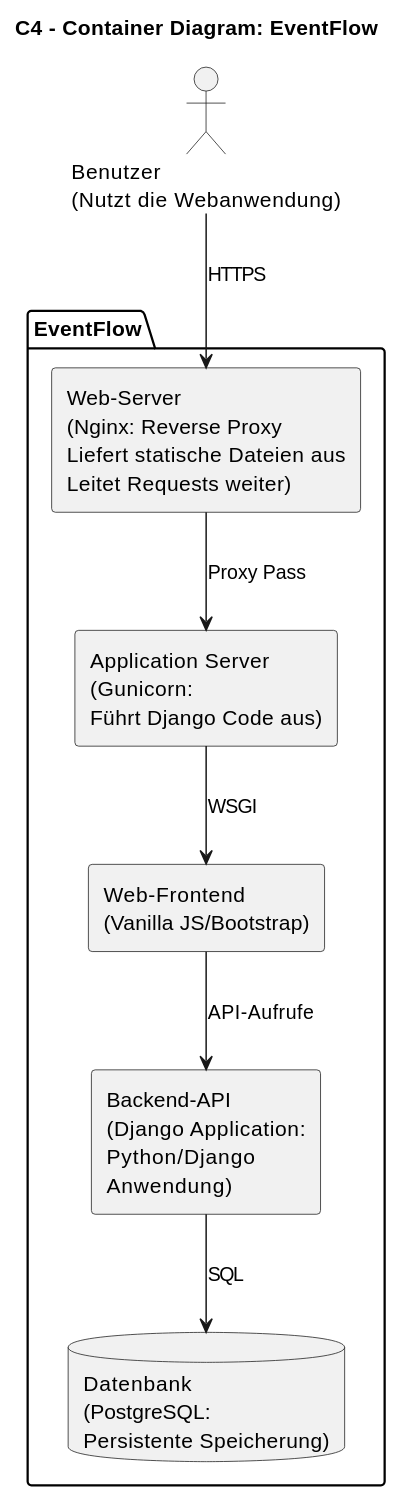
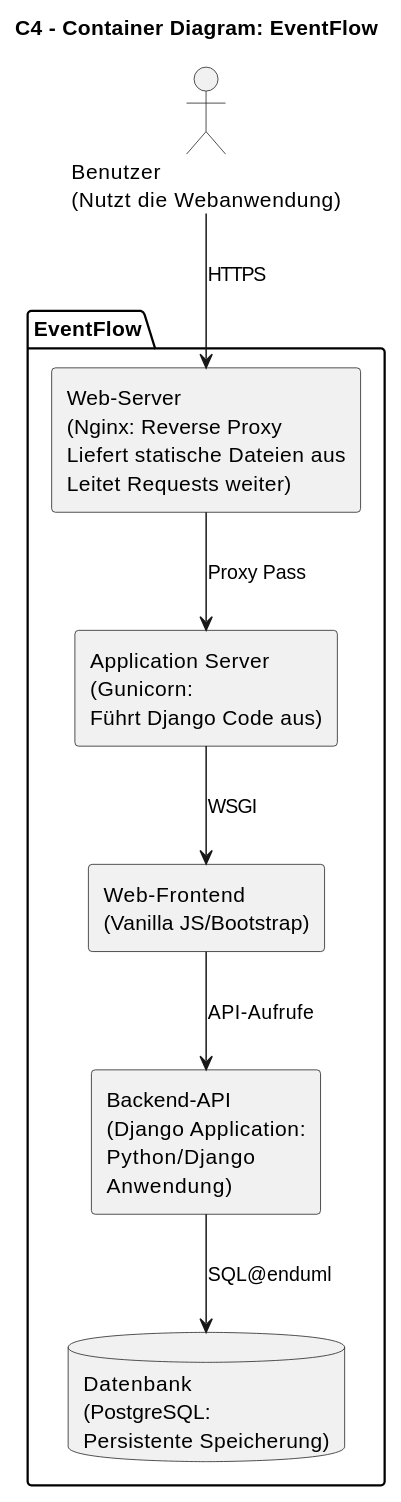
The second of 2 diagrams in docs/technical/architecture.adoc (casio888/SE-G2-EventFlow), drawn with PlantUML before and after one commit. The commit also changed other lines of this file, not shown here.

Commit message:
docs: C4-Modell eingefügt

```diff
--- a/docs/technical/architecture.adoc
+++ b/docs/technical/architecture.adoc
@@ -81,19 +81,18 @@
-[plantuml, "{diagramsdir}/system-context", svg]
-....
+[plantuml, eventflow-context, svg]
+----
 @startuml
 title C4 – Container Diagram: EventFlow
 actor "Benutzer\n(Nutzt die Webanwendung)" as user
 package "EventFlow" {
     rectangle "Web-Server\n(Nginx: Reverse Proxy\nLiefert statische Dateien aus\nLeitet Requests weiter)" as nginx
     rectangle "Application Server\n(Gunicorn:\nFührt Django Code aus)" as gunicorn
     rectangle "Web-Frontend\n(Vanilla JS/Bootstrap)" as Web
     rectangle "Backend-API\n(Django Application:\nPython/Django\nAnwendung)" as django
     database "Datenbank\n(PostgreSQL:\nPersistente Speicherung)" as postgres
   }
   user --> nginx : HTTPS
   nginx --> gunicorn : Proxy Pass
   gunicorn --> Web: WSGI
   Web --> django: API-Aufrufe
-  django --> postgres : SQL
-  @enduml
-....
+  django --> postgres : SQL@enduml
+----
```
